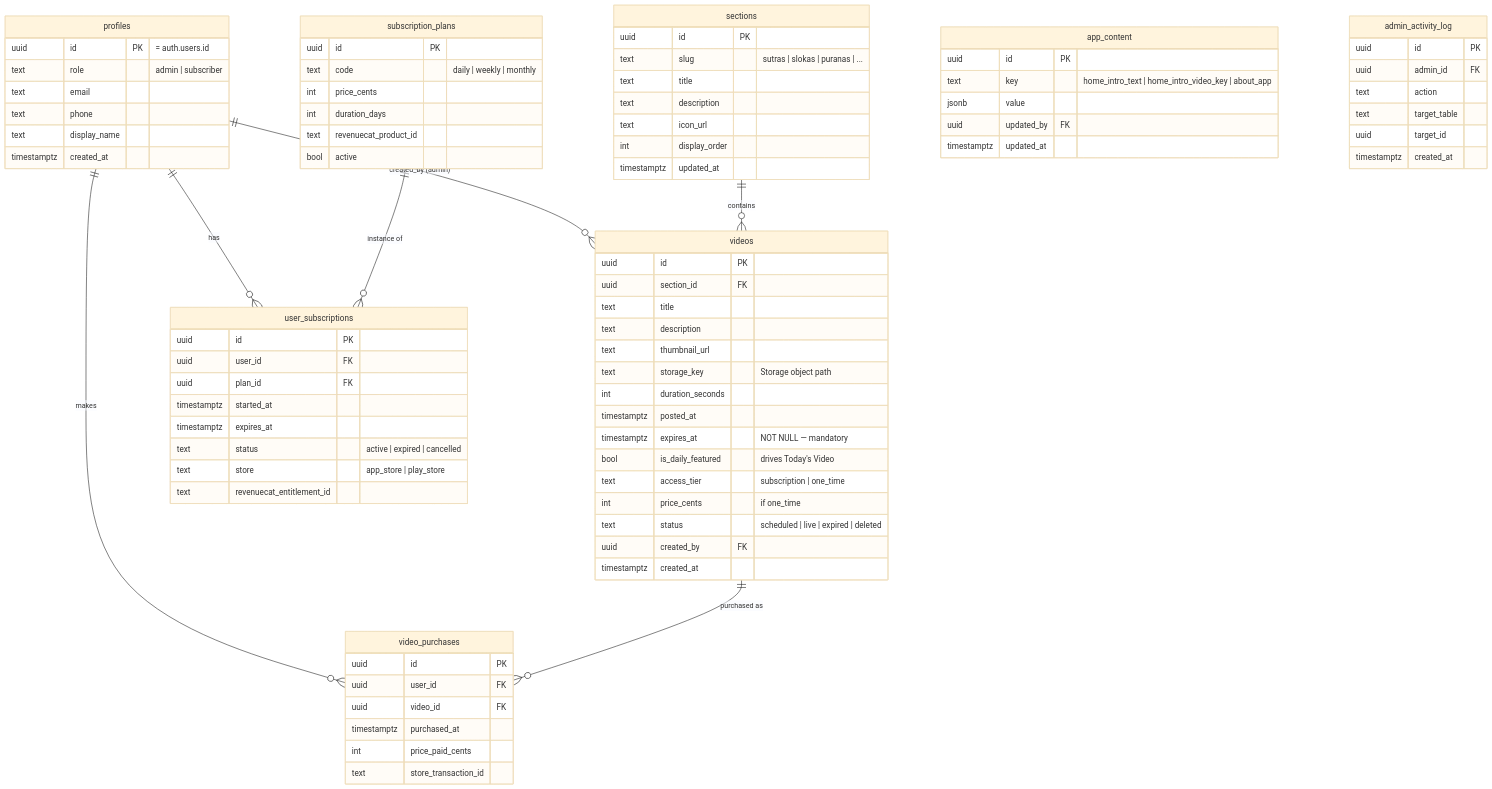
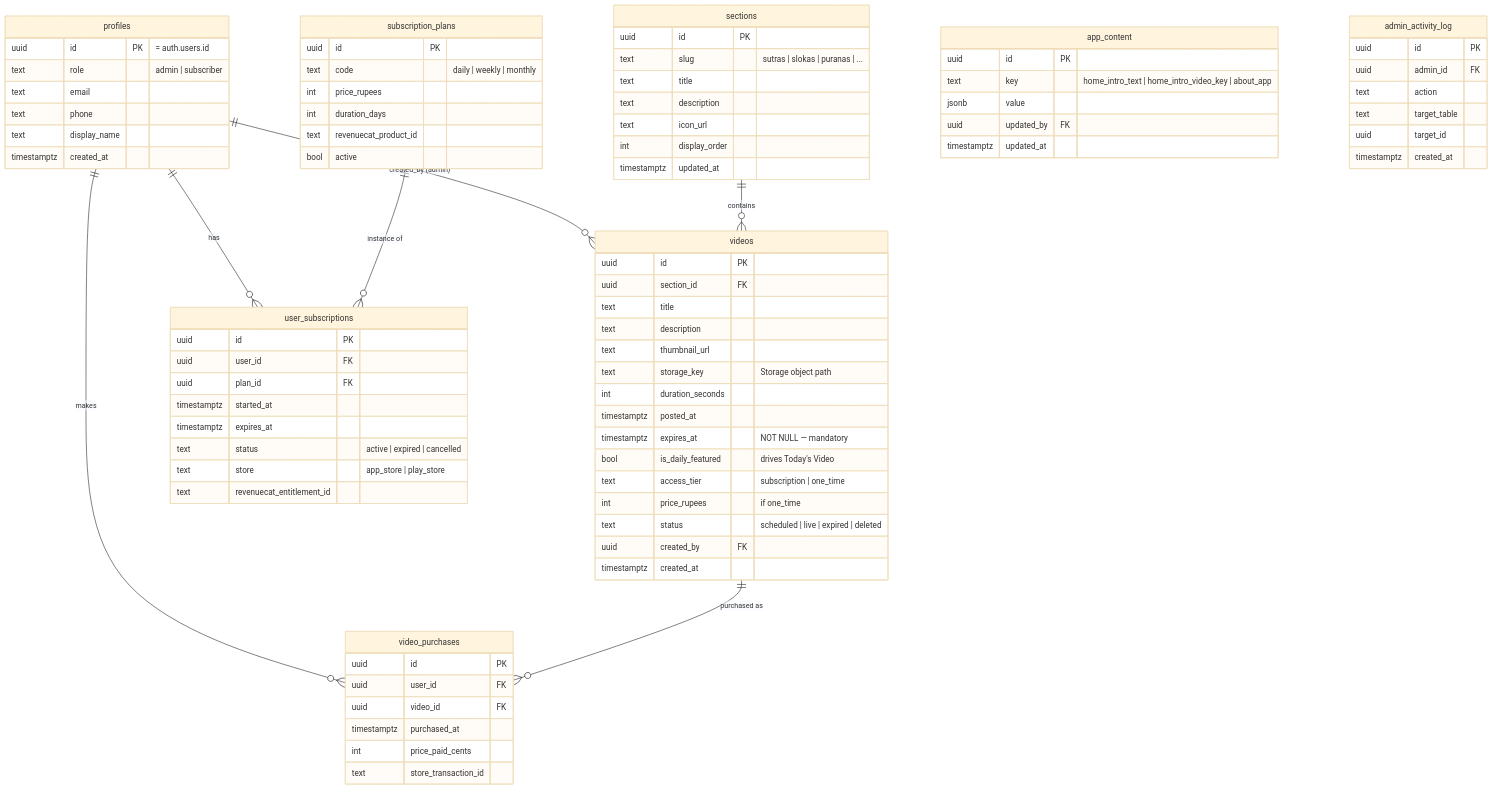
The second of 3 diagrams in ARCHITECTURE.md (healthapp100/storytelling-app), drawn with Mermaid (base theme) before and after one commit. The commit also changed other lines of this file and 24 other files, not shown here.

```diff
--- a/ARCHITECTURE.md
+++ b/ARCHITECTURE.md
@@ -126,7 +126,7 @@
         timestamptz expires_at "NOT NULL — mandatory"
         bool is_daily_featured "drives Today's Video"
         text access_tier "subscription | one_time"
-        int price_cents "if one_time"
+        int price_rupees "if one_time"
         text status "scheduled | live | expired | deleted"
         uuid created_by FK
         timestamptz created_at
@@ -135,7 +135,7 @@
     subscription_plans {
         uuid id PK
         text code "daily | weekly | monthly"
-        int price_cents
+        int price_rupees
         int duration_days
         text revenuecat_product_id
         bool active
```
